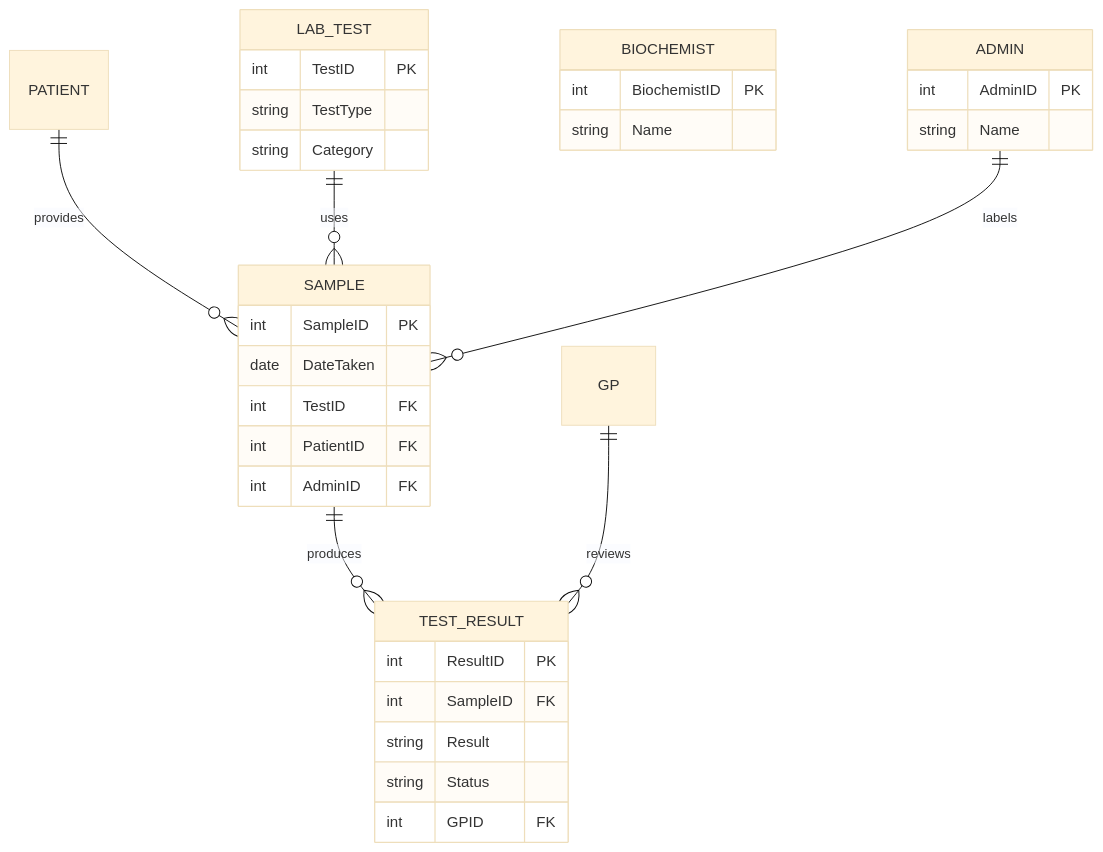
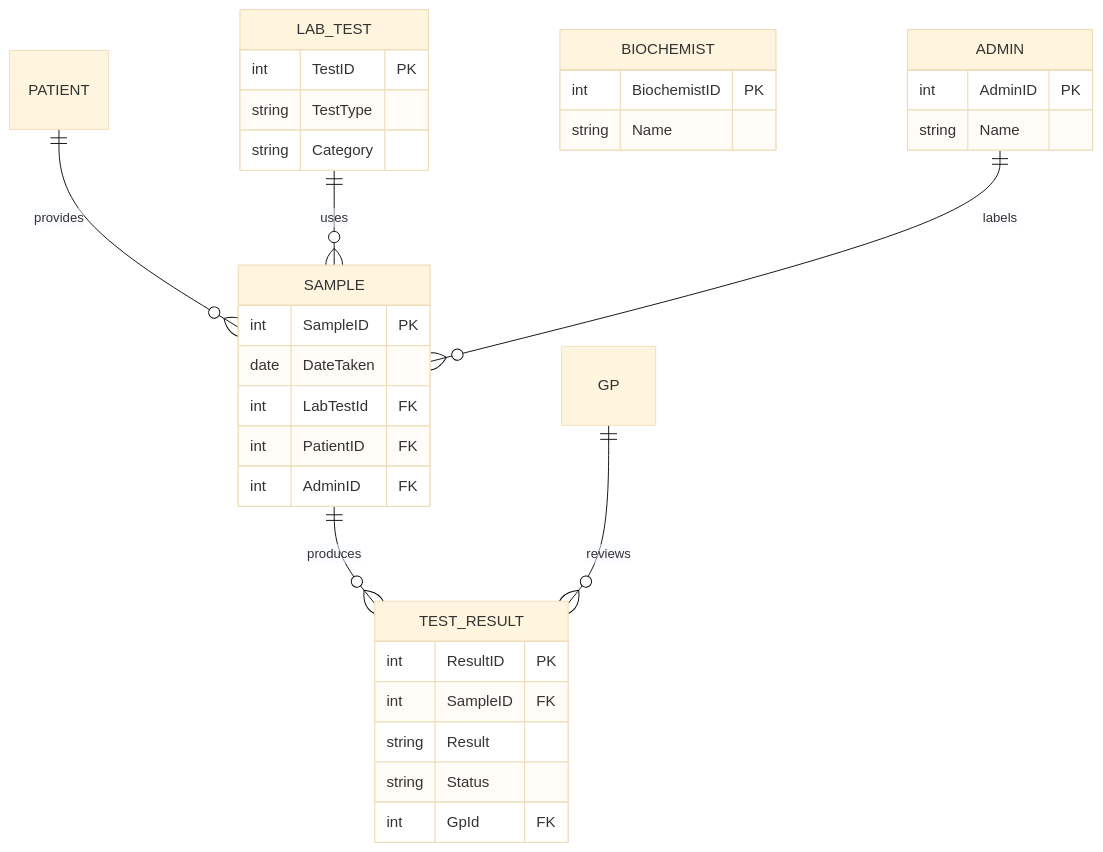
Before and after one commit to DylanRyanGleeson/data-essentials-gdpr-xlsx: the third of 3 diagrams in soltuion.md, drawn with Mermaid (base theme). The commit also changed other lines of this file and 5 other files, not shown here.

````diff
--- a/soltuion.md
+++ b/soltuion.md
@@ -330,37 +330,37 @@
 ```mermaid
 erDiagram
     SAMPLE {
         int SampleID PK
         date DateTaken
-        int TestID FK
+        int LabTestId FK
         int PatientID FK
         int AdminID FK
     }
     LAB_TEST {
         int TestID PK
         string TestType
         string Category
     }
     ADMIN {
         int AdminID PK
         string Name
     }
     BIOCHEMIST {
         int BiochemistID PK
         string Name
     }
     TEST_RESULT {
         int ResultID PK
         int SampleID FK
         string Result
         string Status
-        int GPID FK
+        int GpId FK
     }
 
     PATIENT ||--o{ SAMPLE : provides
     LAB_TEST ||--o{ SAMPLE : uses
     ADMIN ||--o{ SAMPLE : labels
     SAMPLE ||--o{ TEST_RESULT : produces
     GP ||--o{ TEST_RESULT : reviews
 
 ```
````
